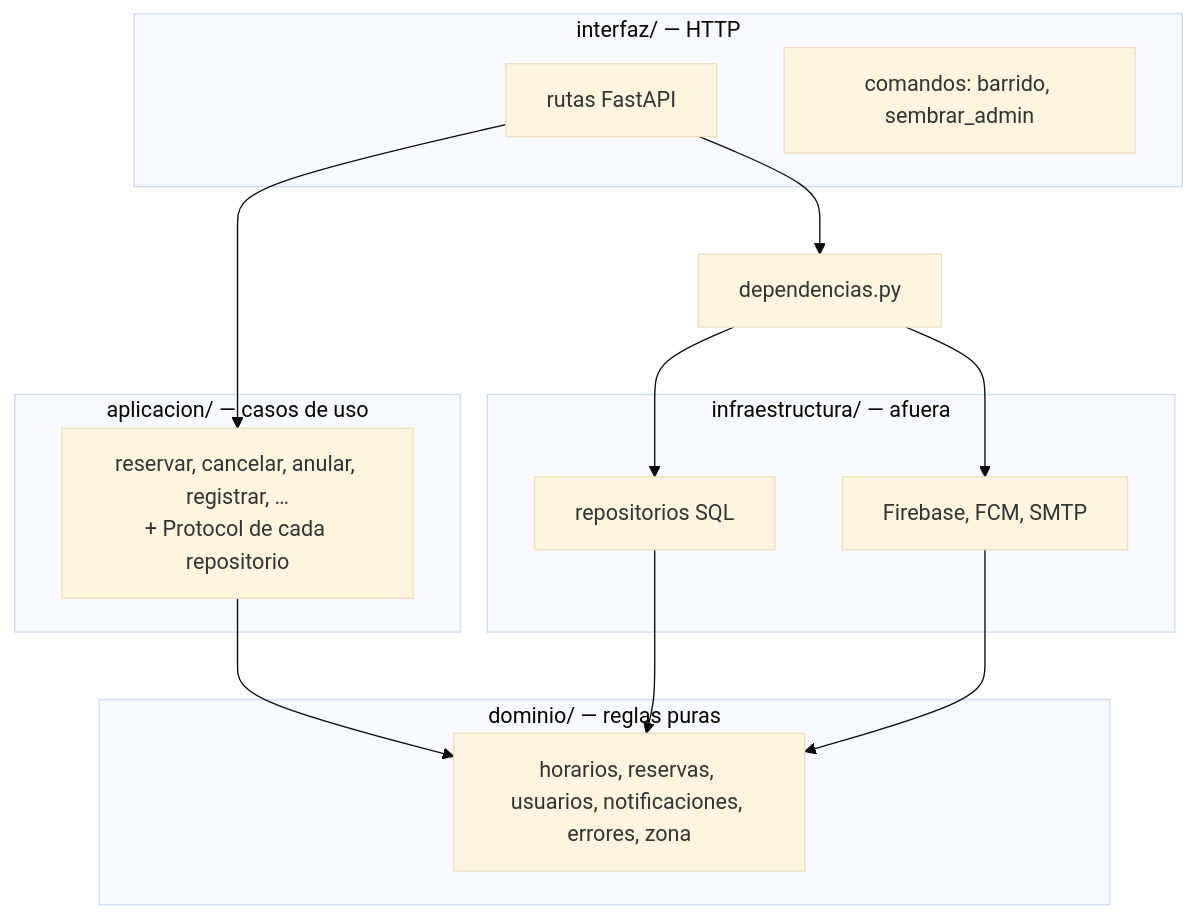
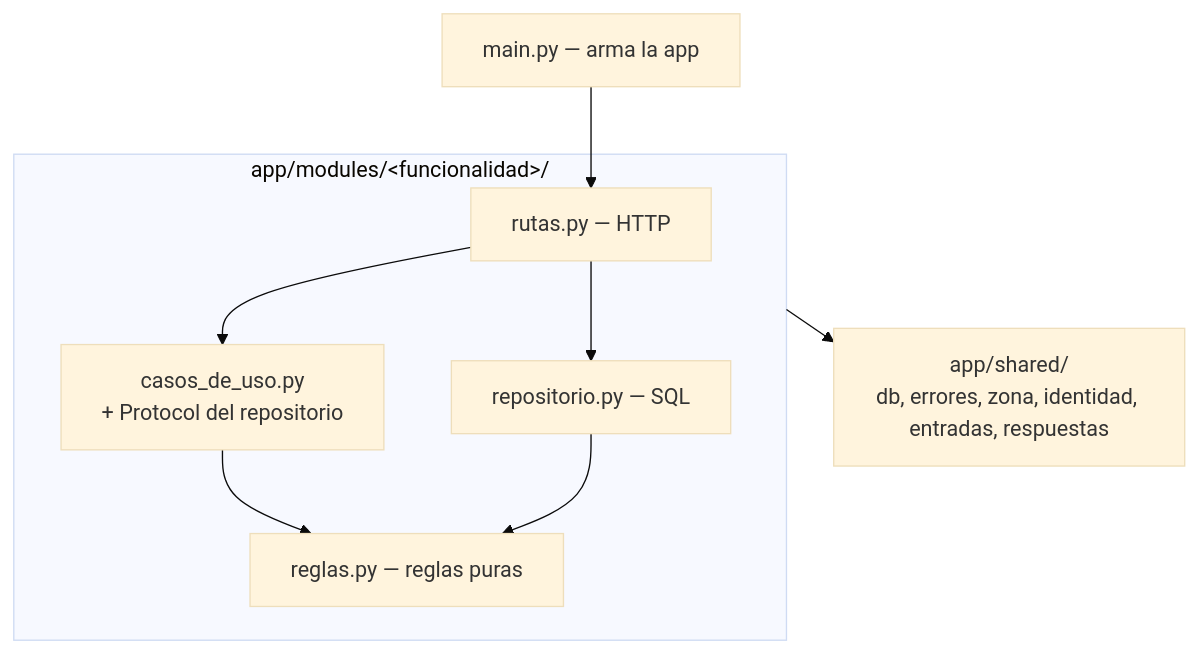
One commit to NahuelMosse/ClubNahuelMosse changed the second of 7 diagrams in docs/technical/arquitectura.md. Above: the diagram before and after it, drawn with Mermaid (base theme). The commit also changed other lines of this file and 6 other files, not shown here.

Commit message:
ARQ-04 T6: docs y comandos con las rutas por funcionalidad

````diff
--- a/docs/technical/arquitectura.md
+++ b/docs/technical/arquitectura.md
@@ -55,25 +59,17 @@
 ```mermaid
 flowchart TB
-  subgraph interfaz["interfaz/ — HTTP"]
-    rutas["rutas FastAPI"]
-    cmd["comandos: barrido, sembrar_admin"]
+  main["main.py — arma la app"]
+  subgraph modulo["app/modules/&lt;funcionalidad&gt;/"]
+    rutas["rutas.py — HTTP"]
+    cu["casos_de_uso.py<br/>+ Protocol del repositorio"]
+    reglas["reglas.py — reglas puras"]
+    repo["repositorio.py — SQL"]
   end
-  dep["dependencias.py"]
-  subgraph aplicacion["aplicacion/ — casos de uso"]
-    cu["reservar, cancelar, anular, registrar, …<br/>+ Protocol de cada repositorio"]
-  end
-  subgraph dominio["dominio/ — reglas puras"]
-    reglas["horarios, reservas, usuarios, notificaciones, errores, zona"]
-  end
-  subgraph infraestructura["infraestructura/ — afuera"]
-    repos["repositorios SQL"]
-    ext["Firebase, FCM, SMTP"]
-  end
+  shared["app/shared/<br/>db, errores, zona, identidad, entradas, respuestas"]
+  main --> rutas
   rutas --> cu
-  rutas --> dep
-  dep --> repos
-  dep --> ext
+  rutas --> repo
   cu --> reglas
-  repos --> reglas
-  ext --> reglas
+  repo --> reglas
+  modulo --> shared
 ```
````
